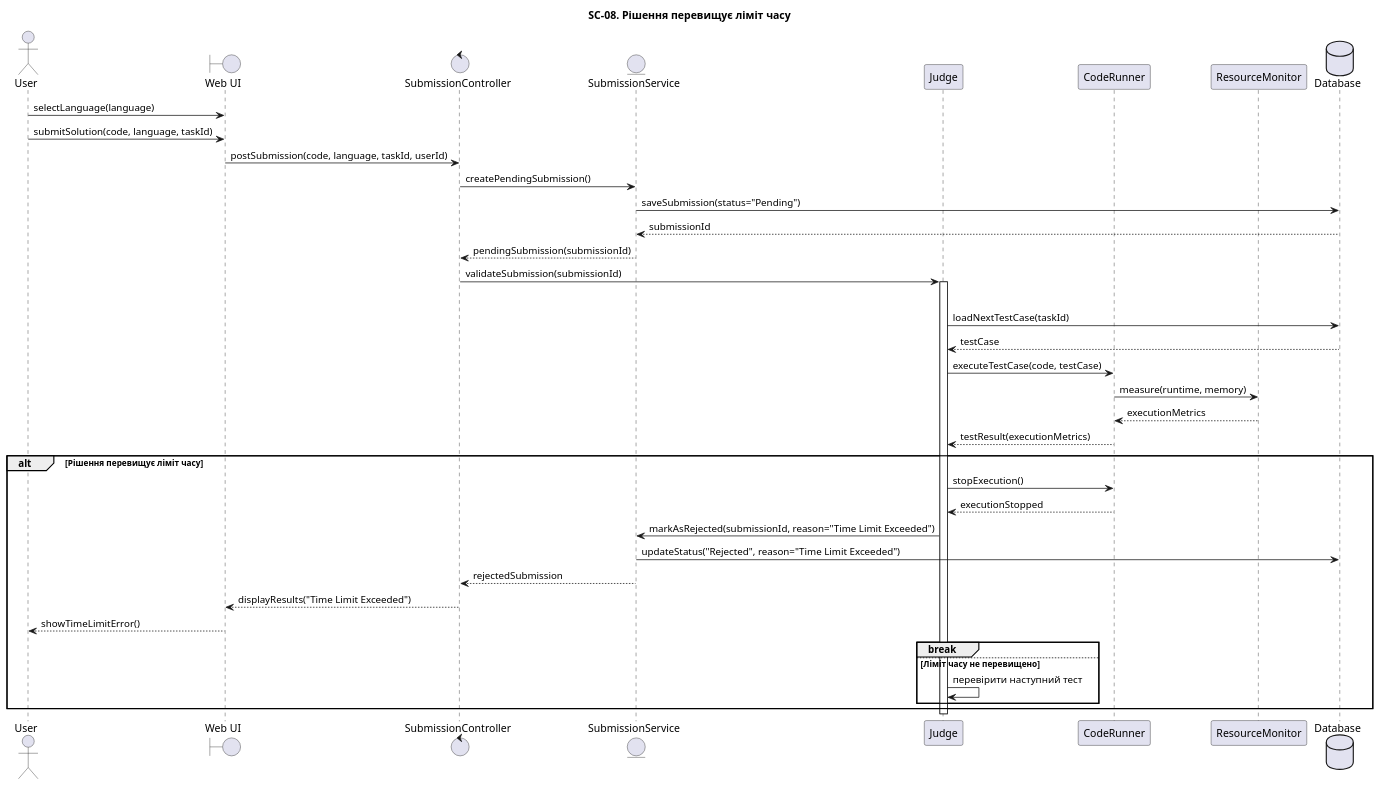
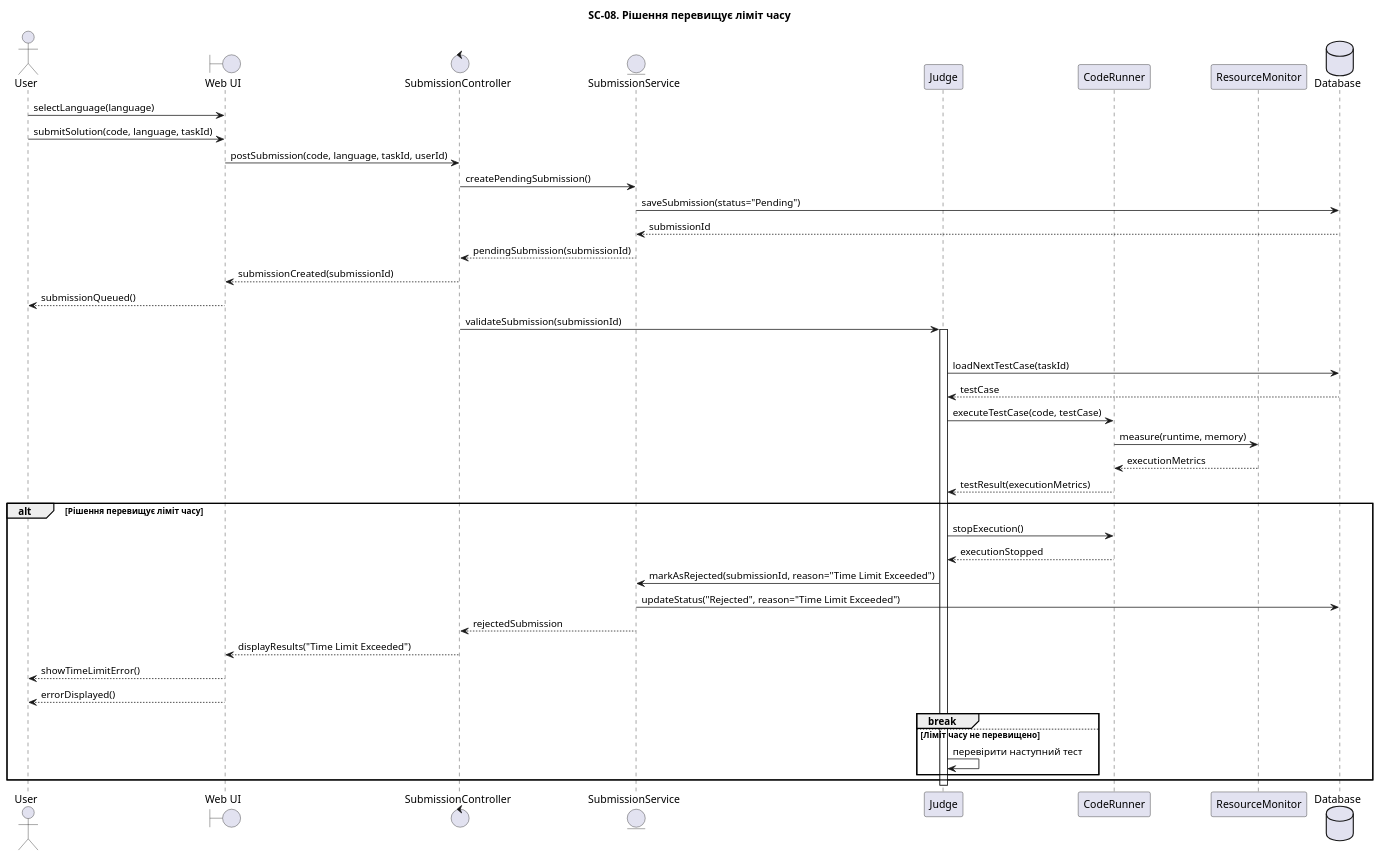
One commit to Cammp3r/KPI-2-LABS changed the diagram in lab3/sequence/SC-08.puml. Above: the diagram before and after it, drawn with PlantUML. The commit also changed 2 other files, not shown here.

```diff
--- a/lab3/sequence/SC-08.puml
+++ b/lab3/sequence/SC-08.puml
@@ -1,47 +1,50 @@
 @startuml
 title SC-08. Рішення перевищує ліміт часу
 
 actor "User" as User
 boundary "Web UI" as UI
 control "SubmissionController" as Controller
 entity "SubmissionService" as SubmissionService
 participant "Judge" as Judge
 participant "CodeRunner" as Runner
 participant "ResourceMonitor" as Metrics
 database "Database" as DB
 
 User -> UI: selectLanguage(language)
 User -> UI: submitSolution(code, language, taskId)
 UI -> Controller: postSubmission(code, language, taskId, userId)
 
 Controller -> SubmissionService: createPendingSubmission()
 SubmissionService -> DB: saveSubmission(status="Pending")
 DB --> SubmissionService: submissionId
 SubmissionService --> Controller: pendingSubmission(submissionId)
+Controller --> UI: submissionCreated(submissionId)
+UI --> User: submissionQueued()
 Controller -> Judge: validateSubmission(submissionId)
 activate Judge
 
 loop Для кожного тест-кейсу
     Judge -> DB: loadNextTestCase(taskId)
     DB --> Judge: testCase
     Judge -> Runner: executeTestCase(code, testCase)
     Runner -> Metrics: measure(runtime, memory)
     Metrics --> Runner: executionMetrics
     Runner --> Judge: testResult(executionMetrics)
 
     alt Рішення перевищує ліміт часу
         Judge -> Runner: stopExecution()
         Runner --> Judge: executionStopped
         Judge -> SubmissionService: markAsRejected(submissionId, reason="Time Limit Exceeded")
         SubmissionService -> DB: updateStatus("Rejected", reason="Time Limit Exceeded")
         SubmissionService --> Controller: rejectedSubmission
         Controller --> UI: displayResults("Time Limit Exceeded")
         UI --> User: showTimeLimitError()
+        UI --> User: errorDisplayed()
         break
     else Ліміт часу не перевищено
         Judge -> Judge: перевірити наступний тест
     end
 end
 
 deactivate Judge
 @enduml
```
